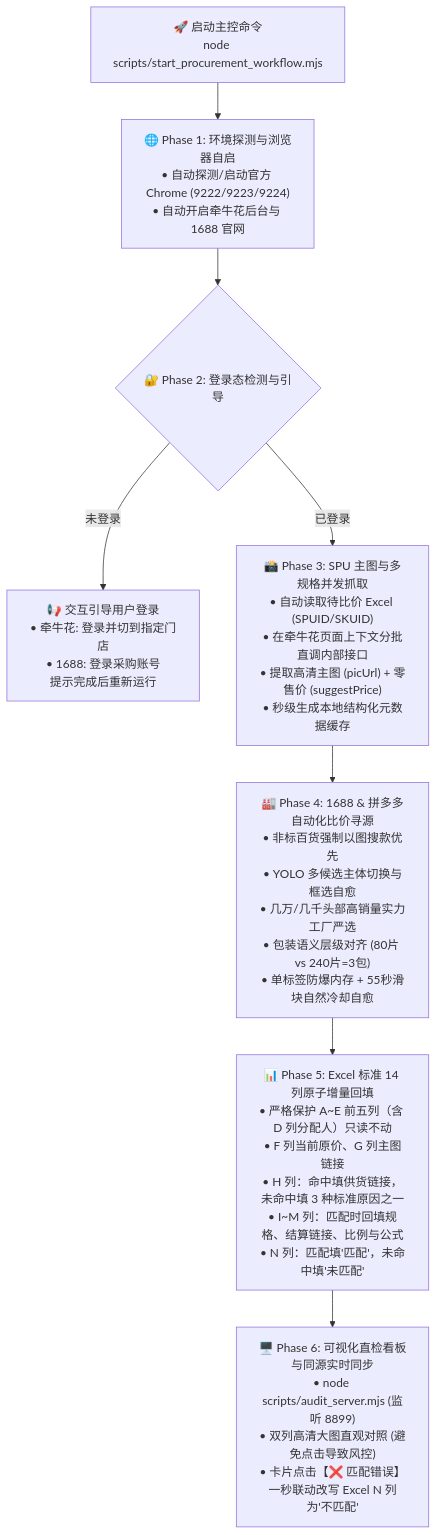
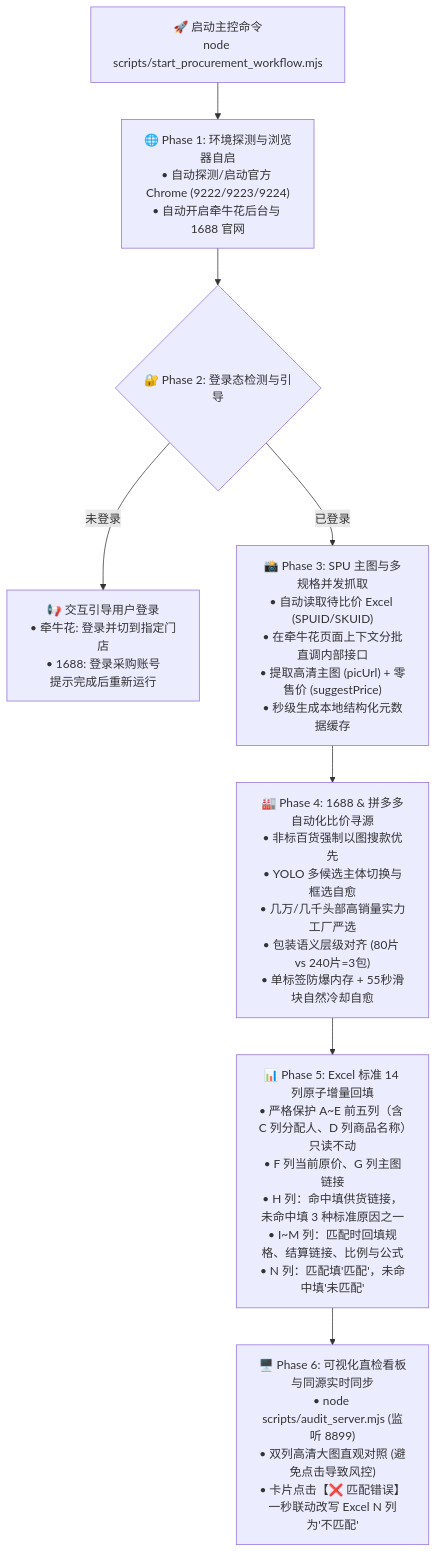
One commit to cycjianai/pddauto changed the diagram in SKILL.md. Above: the diagram before and after it, drawn with Mermaid. The commit also changed other lines of this file and 1 other file, not shown here.

Commit message:
fix(schema): align Col C as 分配人 and Col D as 商品名称 in 14-col spec

````diff
--- a/SKILL.md
+++ b/SKILL.md
@@ -14,14 +14,14 @@
 ```mermaid
 flowchart TD
     Start["🚀 启动主控命令<br>node scripts/start_procurement_workflow.mjs"] --> Phase1["🌐 Phase 1: 环境探测与浏览器自启<br>• 自动探测/启动官方 Chrome (9222/9223/9224)<br>• 自动开启牵牛花后台与 1688 官网"]
 
     Phase1 --> Phase2{"🔐 Phase 2: 登录态检测与引导"}
     Phase2 -->|"未登录"| PromptUser["📢 交互引导用户登录<br>• 牵牛花: 登录并切到指定门店<br>• 1688: 登录采购账号<br>提示完成后重新运行"]
     Phase2 -->|"已登录"| Phase3["📸 Phase 3: SPU 主图与多规格并发抓取<br>• 自动读取待比价 Excel (SPUID/SKUID)<br>• 在牵牛花页面上下文分批直调内部接口<br>• 提取高清主图 (picUrl) + 零售价 (suggestPrice)<br>• 秒级生成本地结构化元数据缓存"]
 
     Phase3 --> Phase4["🏭 Phase 4: 1688 & 拼多多自动化比价寻源<br>• 非标百货强制以图搜款优先<br>• YOLO 多候选主体切换与框选自愈<br>• 几万/几千头部高销量实力工厂严选<br>• 包装语义层级对齐 (80片 vs 240片=3包)<br>• 单标签防爆内存 + 55秒滑块自然冷却自愈"]
 
-    Phase4 --> Phase5["📊 Phase 5: Excel 标准 14 列原子增量回填<br>• 严格保护 A~E 前五列（含 D 列分配人）只读不动<br>• F 列当前原价、G 列主图链接<br>• H 列：命中填供货链接，未命中填 3 种标准原因之一<br>• I~M 列：匹配时回填规格、结算链接、比例与公式<br>• N 列：匹配填'匹配'，未命中填'未匹配'"]
+    Phase4 --> Phase5["📊 Phase 5: Excel 标准 14 列原子增量回填<br>• 严格保护 A~E 前五列（含 C 列分配人、D 列商品名称）只读不动<br>• F 列当前原价、G 列主图链接<br>• H 列：命中填供货链接，未命中填 3 种标准原因之一<br>• I~M 列：匹配时回填规格、结算链接、比例与公式<br>• N 列：匹配填'匹配'，未命中填'未匹配'"]
 
     Phase5 --> Phase6["🖥️ Phase 6: 可视化直检看板与同源实时同步<br>• node scripts/audit_server.mjs (监听 8899)<br>• 双列高清大图直观对照 (避免点击导致风控)<br>• 卡片点击【❌ 匹配错误】一秒联动改写 Excel N 列为'不匹配'"]
 ```
````
